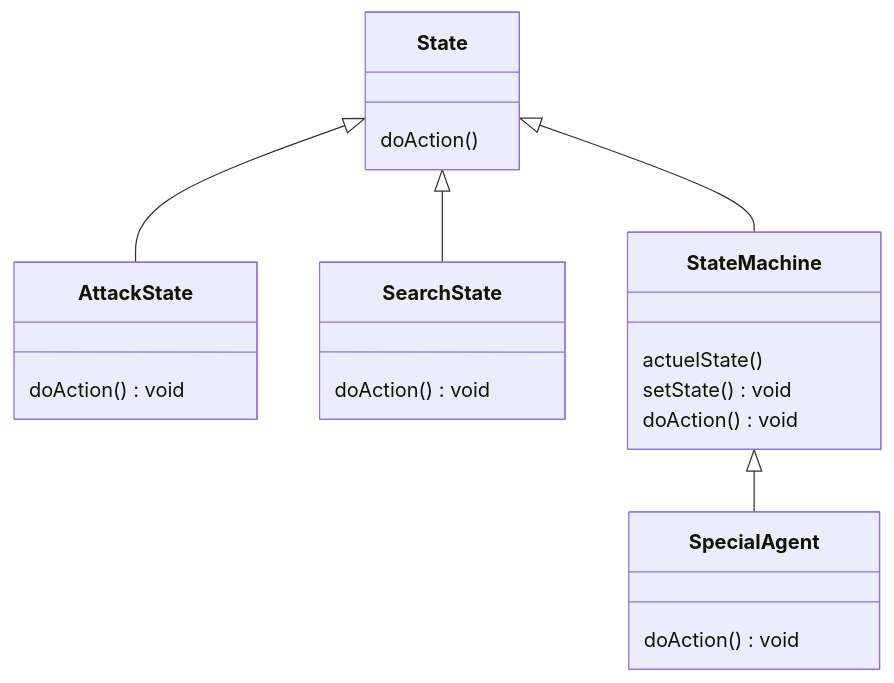
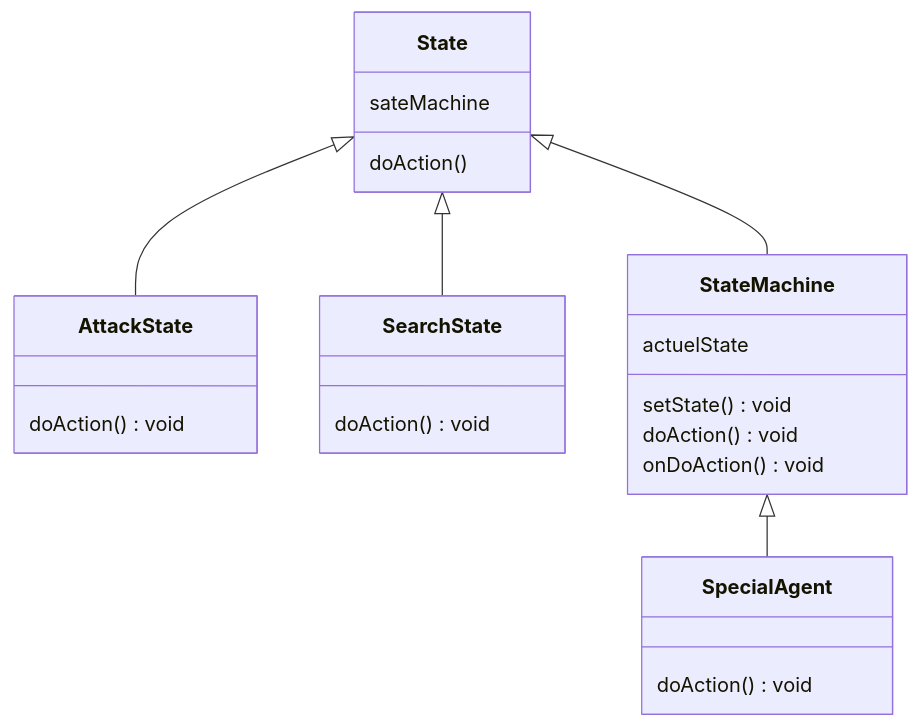
One commit to Hug-prog/py changed the first of 2 diagrams in README.md. Above: the diagram before and after it, drawn with Mermaid. The commit also changed 26 other files, not shown here.

````diff
--- a/README.md
+++ b/README.md
@@ -3,29 +3,30 @@
 ```mermaid
 classDiagram
 
 State <|-- AttackState
 State <|-- SearchState
 State <|-- StateMachine
 StateMachine <|-- SpecialAgent
-
+State:sateMachine
 State: doAction()
 
 class AttackState{
 doAction()void
 }
 
 class SearchState{
 doAction()void
 }
 
 class StateMachine{
-actuelState()
+actuelState
 setState()void
 doAction()void
+onDoAction()void
 }
 
 class SpecialAgent{
 doAction()void
 }
 
 ```
````
